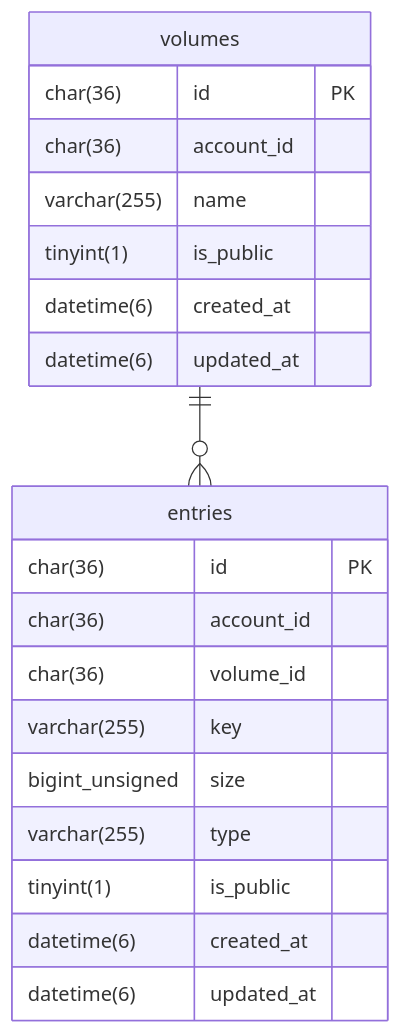
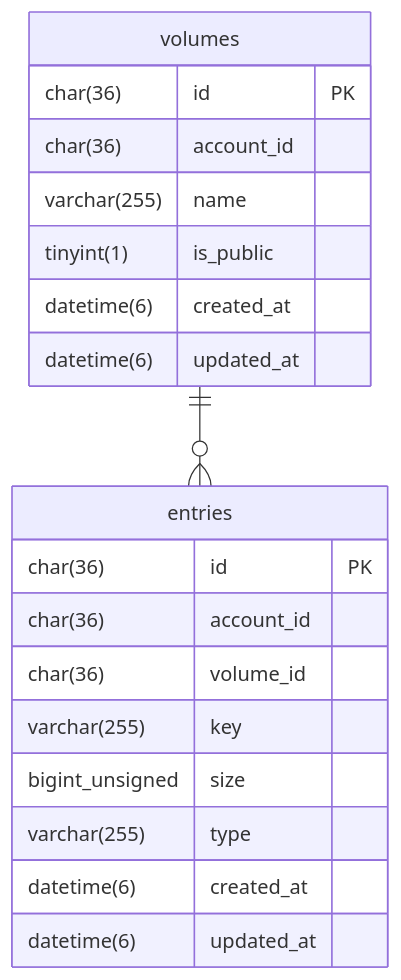
Before and after one commit to atsumarukun/holos-storage-api: the diagram in docs/er-diagram.md, drawn with Mermaid.

Commit message:
remove: ER図から公開フラグを削除.

````diff
--- a/docs/er-diagram.md
+++ b/docs/er-diagram.md
@@ -1,26 +1,25 @@
 ```mermaid
 erDiagram
 
 volumes {
   char(36) id PK
   char(36) account_id
   varchar(255) name
   tinyint(1) is_public
   datetime(6) created_at
   datetime(6) updated_at
 }
 
 entries {
   char(36) id PK
   char(36) account_id
   char(36) volume_id
   varchar(255) key
   bigint_unsigned size
   varchar(255) type
-  tinyint(1) is_public
   datetime(6) created_at
   datetime(6) updated_at
 }
 
 volumes ||--o{ entries: ""
 ```
````
